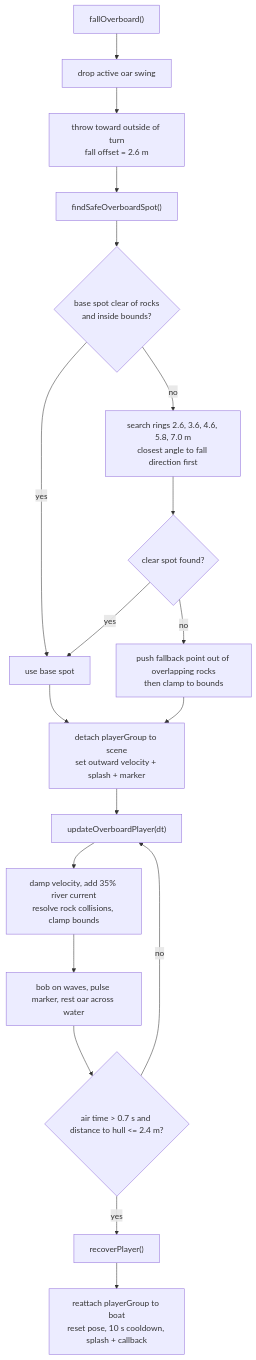
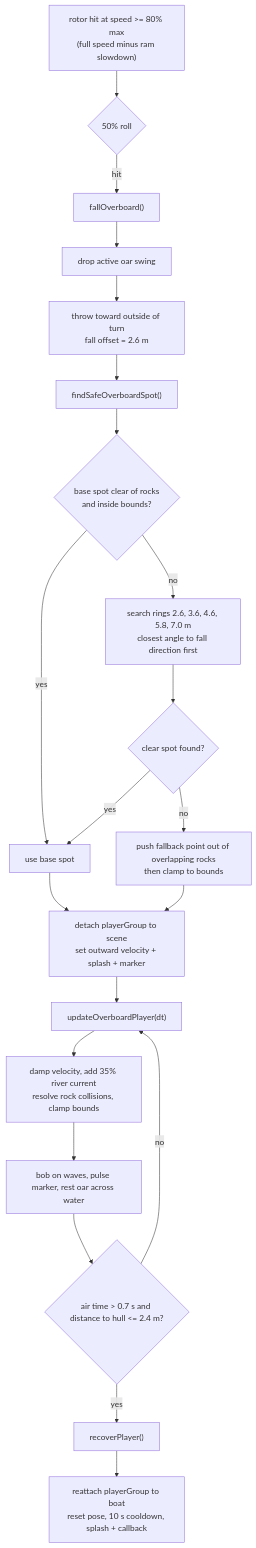
One commit to Protosnake/veslo changed the second of 2 diagrams in docs/features/09-man-overboard.md. Above: the diagram before and after it, drawn with Mermaid. The commit also changed other lines of this file and 14 other files, not shown here.

````diff
--- a/docs/features/09-man-overboard.md
+++ b/docs/features/09-man-overboard.md
@@ -16,21 +16,23 @@
 ```mermaid
 flowchart TD
+    H2["rotor hit at speed >= 80% max<br/>(full speed minus ram slowdown)"] --> R2{"50% roll"}
+    R2 -->|hit| A
     A["fallOverboard()"] --> B["drop active oar swing"]
     B --> C["throw toward outside of turn<br/>fall offset = 2.6 m"]
     C --> D["findSafeOverboardSpot()"]
     D --> E{"base spot clear of rocks<br/>and inside bounds?"}
     E -->|yes| F["use base spot"]
     E -->|no| G["search rings 2.6, 3.6, 4.6, 5.8, 7.0 m<br/>closest angle to fall direction first"]
     G --> H{"clear spot found?"}
     H -->|yes| F
     H -->|no| I["push fallback point out of overlapping rocks<br/>then clamp to bounds"]
     F --> J["detach playerGroup to scene<br/>set outward velocity + splash + marker"]
     I --> J
     J --> K["updateOverboardPlayer(dt)"]
     K --> L["damp velocity, add 35% river current<br/>resolve rock collisions, clamp bounds"]
     L --> M["bob on waves, pulse marker, rest oar across water"]
     M --> N{"air time > 0.7 s and distance to hull <= 2.4 m?"}
     N -->|no| K
     N -->|yes| O["recoverPlayer()"]
     O --> P["reattach playerGroup to boat<br/>reset pose, 10 s cooldown, splash + callback"]
 ```
````
